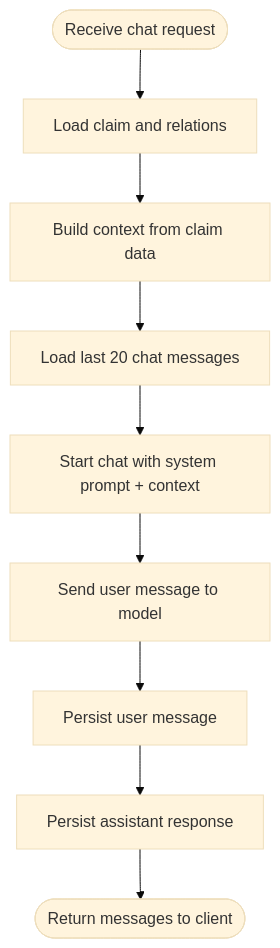
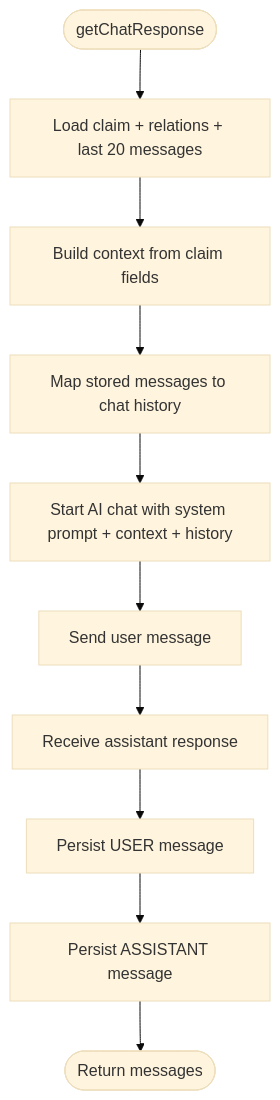
One commit to NaveenHiranya/Smart-Vehicle-Insurance-Claim-System changed the third of 8 diagrams in .qoder/repowiki/en/content/AI Services Integration/Claim Assistant Chat Service.md. Above: the diagram before and after it, drawn with Mermaid (base theme). The commit also changed other lines of this file and 183 other files, not shown here.

````diff
--- a/.qoder/repowiki/en/content/AI Services Integration/Claim Assistant Chat Service.md
+++ b/.qoder/repowiki/en/content/AI Services Integration/Claim Assistant Chat Service.md
@@ -110,11 +112,12 @@
 ```mermaid
 flowchart TD
-Start(["Receive chat request"]) --> LoadClaim["Load claim and relations"]
-LoadClaim --> BuildContext["Build context from claim data"]
-BuildContext --> LoadHistory["Load last 20 chat messages"]
-LoadHistory --> InitChat["Start chat with system prompt + context"]
-InitChat --> SendMsg["Send user message to model"]
-SendMsg --> SaveUser["Persist user message"]
-SaveUser --> SaveAssistant["Persist assistant response"]
-SaveAssistant --> Return(["Return messages to client"])
+Start(["getChatResponse"]) --> LoadClaim["Load claim + relations + last 20 messages"]
+LoadClaim --> BuildContext["Build context from claim fields"]
+BuildContext --> BuildHistory["Map stored messages to chat history"]
+BuildHistory --> StartChat["Start AI chat with system prompt + context + history"]
+StartChat --> SendMsg["Send user message"]
+SendMsg --> GetResp["Receive assistant response"]
+GetResp --> PersistUser["Persist USER message"]
+PersistUser --> PersistAssist["Persist ASSISTANT message"]
+PersistAssist --> Return(["Return messages"])
 ```
````
